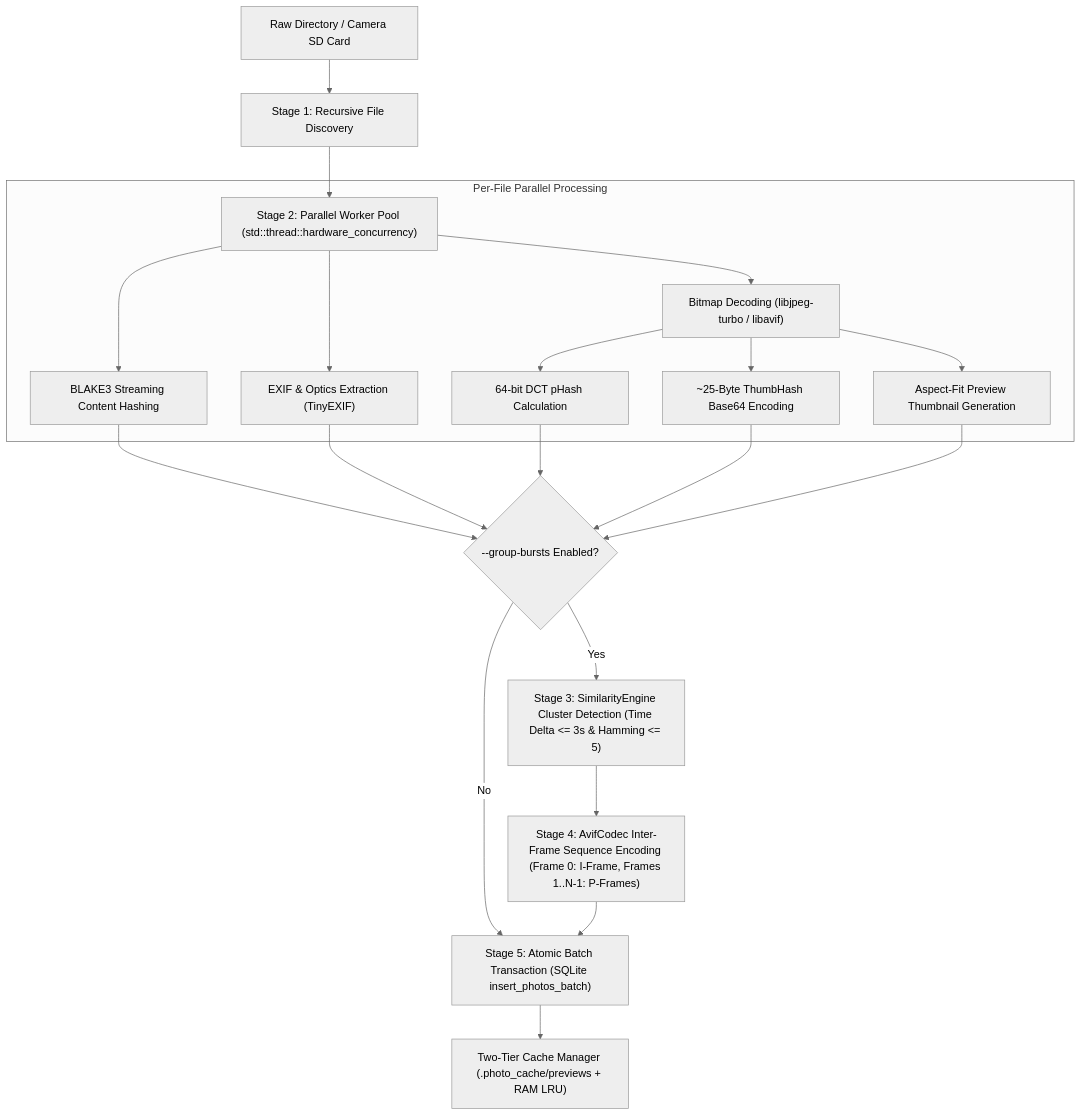
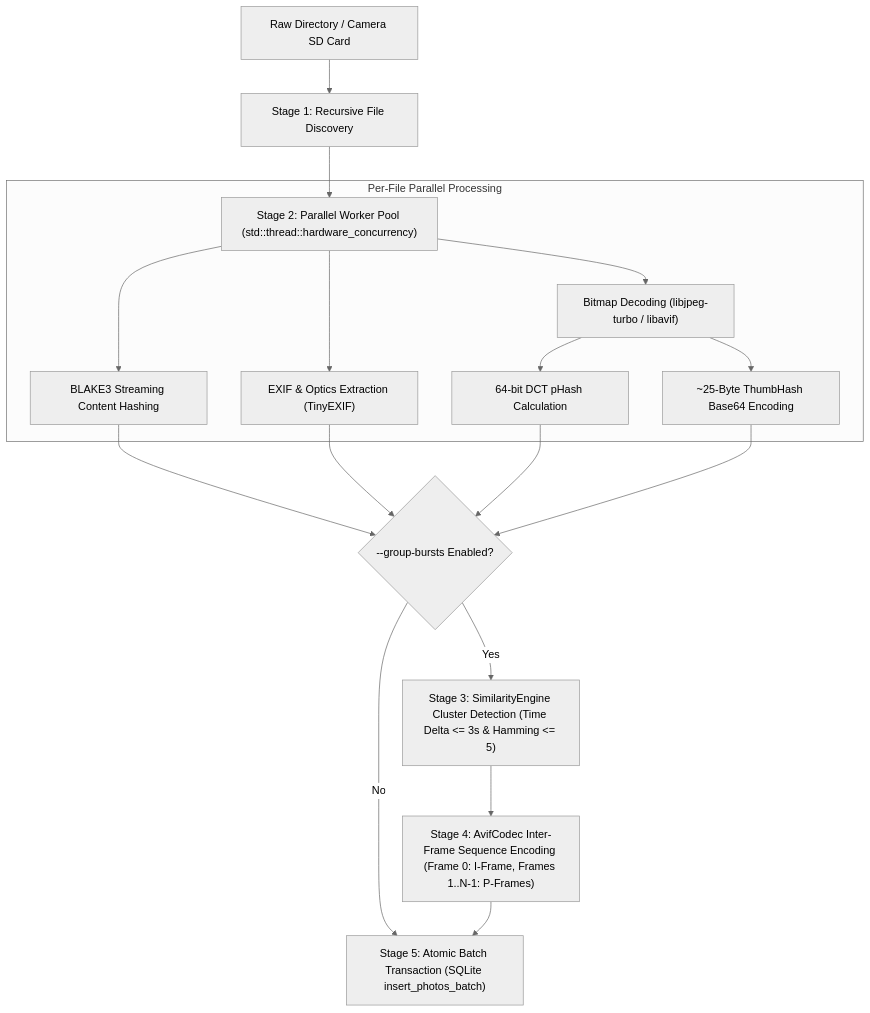
One commit to ByaCherX/image-ODB changed the first of 4 diagrams in README.md. Above: the diagram before and after it, drawn with Mermaid (neutral theme). The commit also changed other lines of this file and 27 other files, not shown here.

First line of the commit message:
Refactor caching system: remove CacheManager, LRU Cache, and Disk Cache

````diff
--- a/README.md
+++ b/README.md
@@ -56,24 +53,21 @@
 ```mermaid
 flowchart TD
     A["Raw Directory / Camera SD Card"] --> B["Stage 1: Recursive File Discovery"]
     B --> C["Stage 2: Parallel Worker Pool (std::thread::hardware_concurrency)"]
     
     subgraph "Per-File Parallel Processing"
         C --> D1["BLAKE3 Streaming Content Hashing"]
         C --> D2["EXIF & Optics Extraction (TinyEXIF)"]
         C --> D3["Bitmap Decoding (libjpeg-turbo / libavif)"]
         D3 --> D4["64-bit DCT pHash Calculation"]
         D3 --> D5["~25-Byte ThumbHash Base64 Encoding"]
-        D3 --> D6["Aspect-Fit Preview Thumbnail Generation"]
     end
     
-    D1 & D2 & D4 & D5 & D6 --> E{"--group-bursts Enabled?"}
+    D1 & D2 & D4 & D5 --> E{"--group-bursts Enabled?"}
     
     E -- Yes --> F["Stage 3: SimilarityEngine Cluster Detection (Time Delta <= 3s & Hamming <= 5)"]
     F --> G["Stage 4: AvifCodec Inter-Frame Sequence Encoding (Frame 0: I-Frame, Frames 1..N-1: P-Frames)"]
     
     E -- No --> H["Stage 5: Atomic Batch Transaction (SQLite insert_photos_batch)"]
     G --> H
-    
-    H --> I["Two-Tier Cache Manager (.photo_cache/previews + RAM LRU)"]
 ```
````
